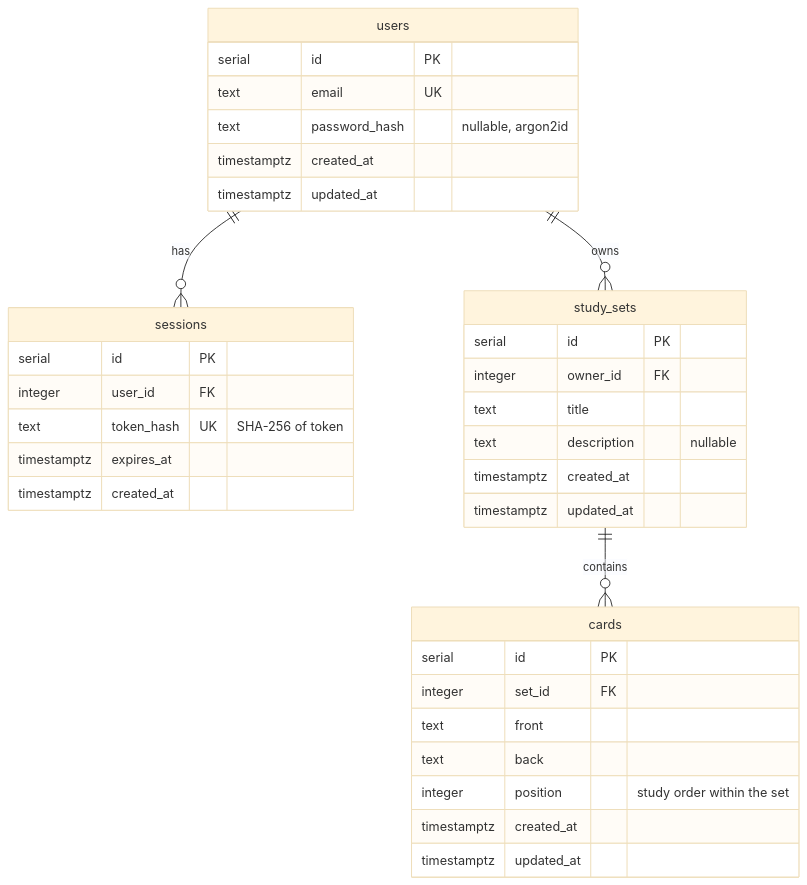
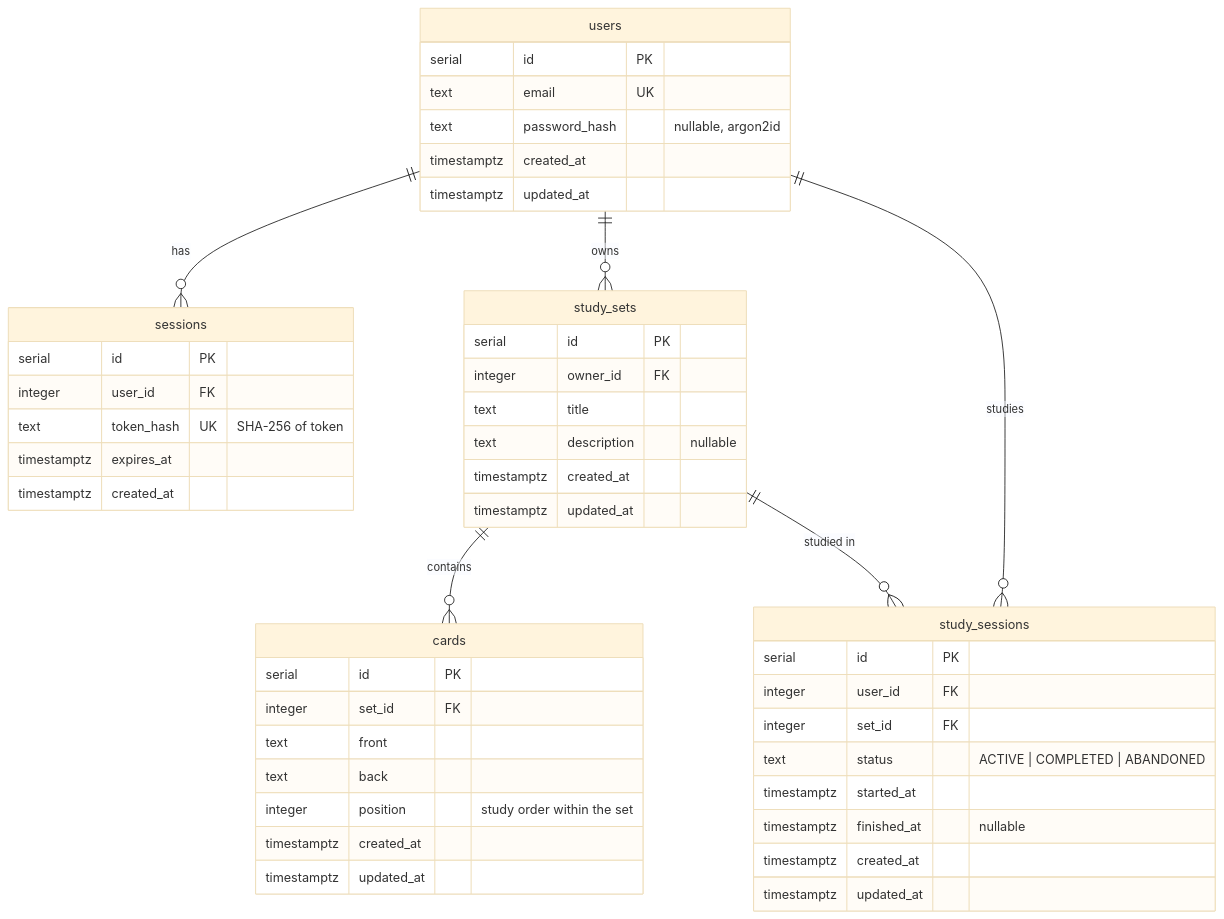
Before and after one commit to danisolation/recall: the diagram in docs/database/schema.md, drawn with Mermaid (base theme). The commit also changed other lines of this file and 5 other files, not shown here.

Commit message:
feat(db): add study_sessions table and migration

````diff
--- a/docs/database/schema.md
+++ b/docs/database/schema.md
@@ -60,37 +75,49 @@
 ```mermaid
 erDiagram
     users ||--o{ sessions : "has"
     users ||--o{ study_sets : "owns"
     study_sets ||--o{ cards : "contains"
+    users ||--o{ study_sessions : "studies"
+    study_sets ||--o{ study_sessions : "studied in"
     users {
         serial id PK
         text email UK
         text password_hash "nullable, argon2id"
         timestamptz created_at
         timestamptz updated_at
     }
     sessions {
         serial id PK
         integer user_id FK
         text token_hash UK "SHA-256 of token"
         timestamptz expires_at
         timestamptz created_at
     }
     study_sets {
         serial id PK
         integer owner_id FK
         text title
         text description "nullable"
         timestamptz created_at
         timestamptz updated_at
     }
     cards {
         serial id PK
         integer set_id FK
         text front
         text back
         integer position "study order within the set"
         timestamptz created_at
         timestamptz updated_at
     }
+    study_sessions {
+        serial id PK
+        integer user_id FK
+        integer set_id FK
+        text status "ACTIVE | COMPLETED | ABANDONED"
+        timestamptz started_at
+        timestamptz finished_at "nullable"
+        timestamptz created_at
+        timestamptz updated_at
+    }
 ```
````
